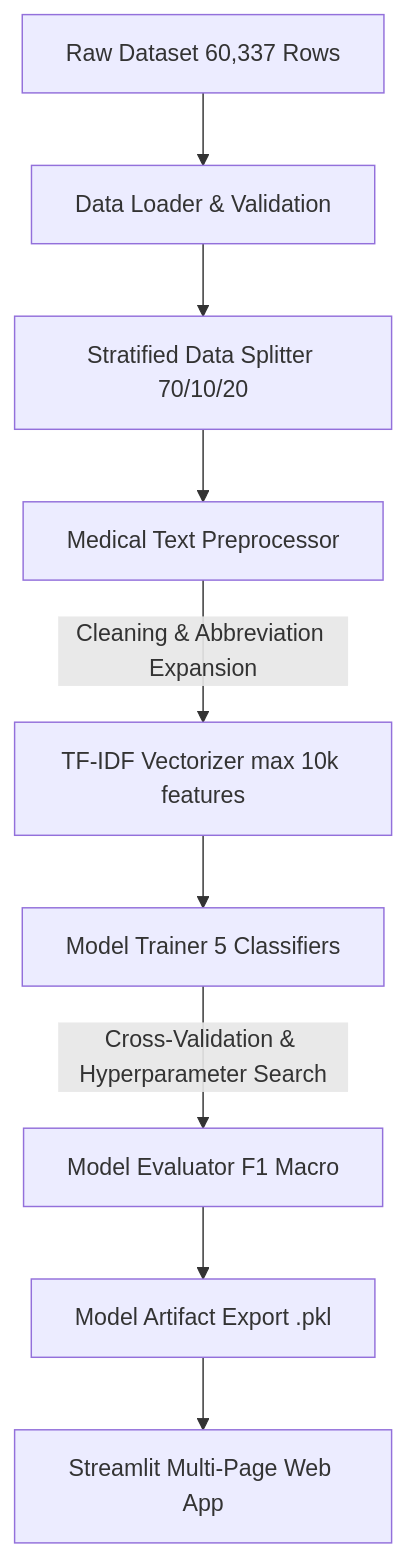
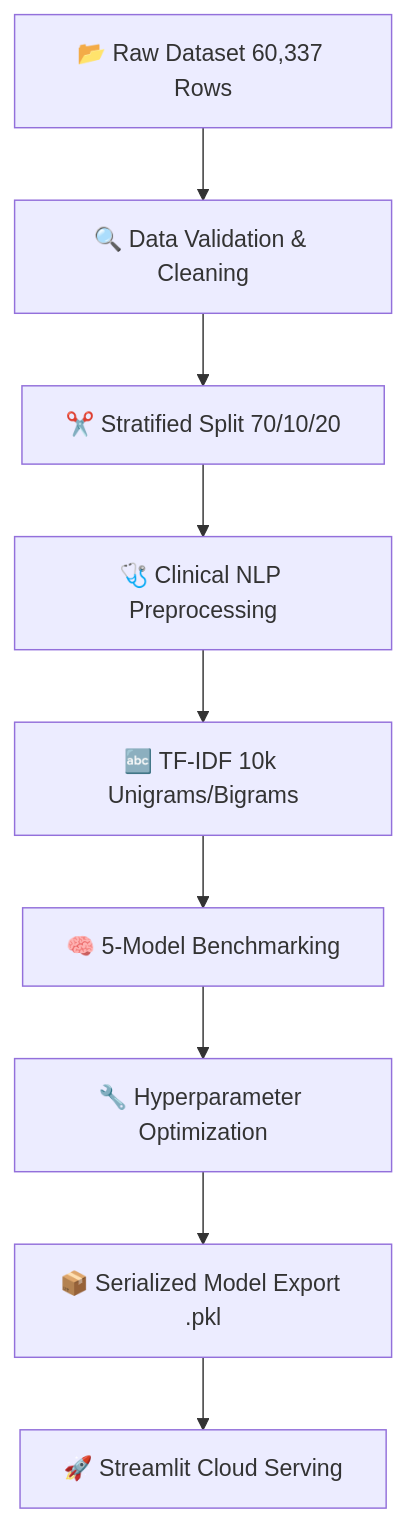
One commit to sivadst/Clinical-Trial-Disease-Classification changed the second of 2 diagrams in README.md. Above: the diagram before and after it, drawn with Mermaid. The commit also changed other lines of this file, not shown here.

Commit message:
docs: upgrade README.md to 10/10 open-source standard with Why LinearSVC section, 2 Mermaid diagrams, project highlights, and FAQ

````diff
--- a/README.md
+++ b/README.md
@@ -85,11 +133,11 @@
 ```mermaid
 graph TD
-    A[Raw Dataset 60,337 Rows] --> B[Data Loader & Validation]
-    B --> C[Stratified Data Splitter 70/10/20]
-    C --> D[Medical Text Preprocessor]
-    D --> |Cleaning & Abbreviation Expansion| E[TF-IDF Vectorizer max 10k features]
-    E --> F[Model Trainer 5 Classifiers]
-    F --> |Cross-Validation & Hyperparameter Search| G[Model Evaluator F1 Macro]
-    G --> H[Model Artifact Export .pkl]
-    H --> I[Streamlit Multi-Page Web App]
+    Data[📂 Raw Dataset 60,337 Rows] --> Validation[🔍 Data Validation & Cleaning]
+    Validation --> Split[✂️ Stratified Split 70/10/20]
+    Split --> NLP[🩺 Clinical NLP Preprocessing]
+    NLP --> Feature[🔤 TF-IDF 10k Unigrams/Bigrams]
+    Feature --> Benchmarking[🧠 5-Model Benchmarking]
+    Benchmarking --> Tuning[🔧 Hyperparameter Optimization]
+    Tuning --> Export[📦 Serialized Model Export .pkl]
+    Export --> Serving[🚀 Streamlit Cloud Serving]
 ```
````
